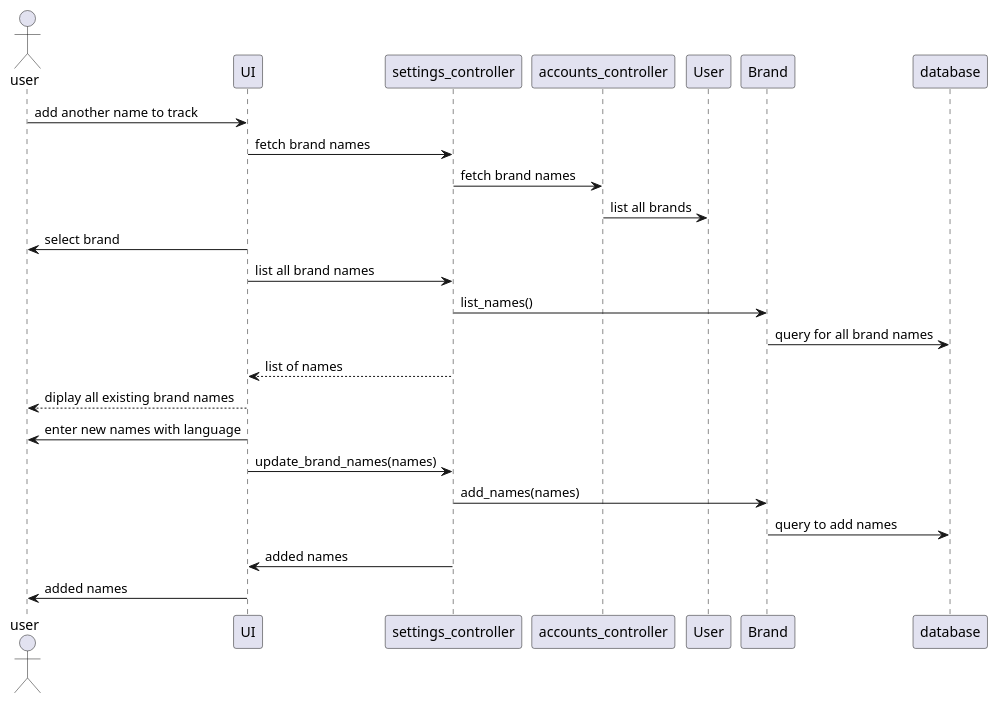
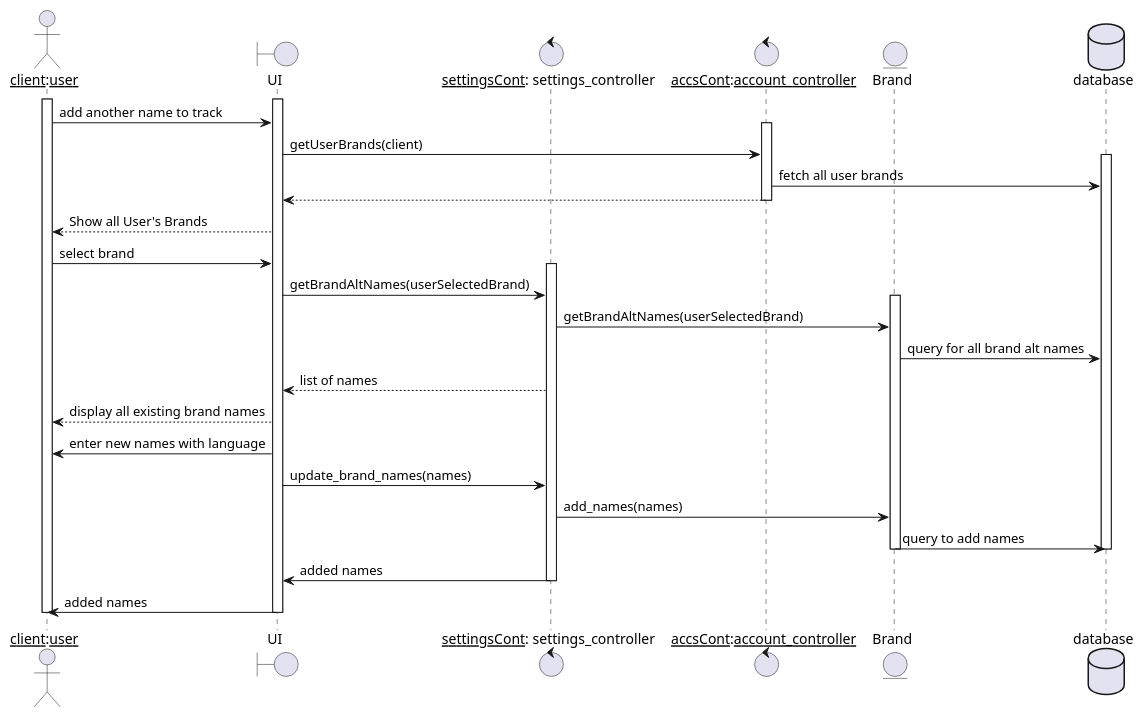
Before and after one commit to NadaaSelim/GP: the diagram in Graphs/sequence_settings_add_new_brand_name.puml, drawn with PlantUML. The commit also changed 2 other files, not shown here.

Commit message:
updated seq diagrams

```diff
--- a/Graphs/sequence_settings_add_new_brand_name.puml
+++ b/Graphs/sequence_settings_add_new_brand_name.puml
@@ -1,21 +1,41 @@
 @startuml
-actor user
-user -> UI: add another name to track
-UI -> settings_controller: fetch brand names
-settings_controller -> accounts_controller: fetch brand names
-accounts_controller -> User: list all brands
-UI -> user: select brand
-UI -> settings_controller : list all brand names
-settings_controller -> Brand: list_names()
-Brand -> database : query for all brand names
-settings_controller --> UI: list of names
-UI --> user : diplay all existing brand names
-UI -> user: enter new names with language
-UI -> settings_controller: update_brand_names(names)
-settings_controller -> Brand: add_names(names)
+
+actor "__client__:__user__" as client
+boundary UI
+control "__settingsCont__: settings_controller" as SC
+control "__accsCont__:__account_controller__" as AC
+entity Brand
+database database
+
+activate client 
+activate UI
+client -> UI: add another name to track
+activate AC
+UI -> AC: getUserBrands(client)
+activate database
+AC -> database: fetch all user brands
+AC --> UI:
+deactivate AC
+UI --> client: Show all User's Brands
+UI <- client: select brand
+activate SC
+UI -> SC : getBrandAltNames(userSelectedBrand)
+activate Brand
+SC -> Brand: getBrandAltNames(userSelectedBrand)
+Brand -> database : query for all brand alt names
+SC --> UI: list of names
+UI --> client : display all existing brand names
+UI -> client: enter new names with language
+UI -> SC: update_brand_names(names)
+SC -> Brand: add_names(names)
 Brand -> database : query to add names
-settings_controller -> UI : added names
-UI -> user: added names
+deactivate database
+deactivate Brand
+SC -> UI : added names
+deactivate SC
+UI -> client: added names
+deactivate client 
+deactivate UI
 
 
 @enduml
```
